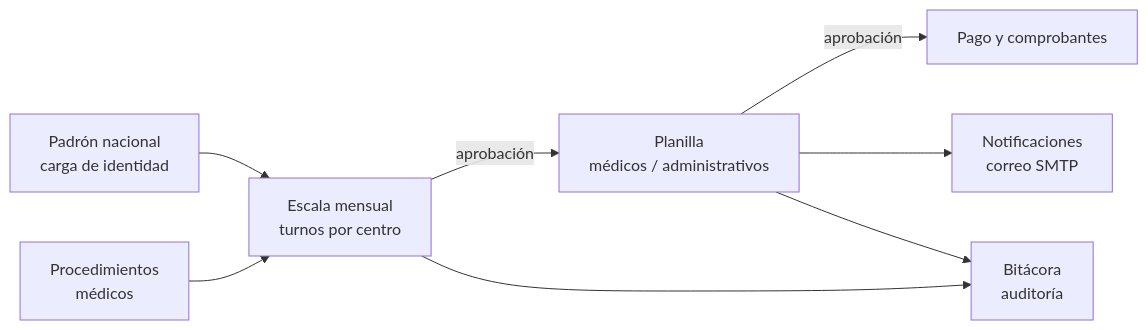
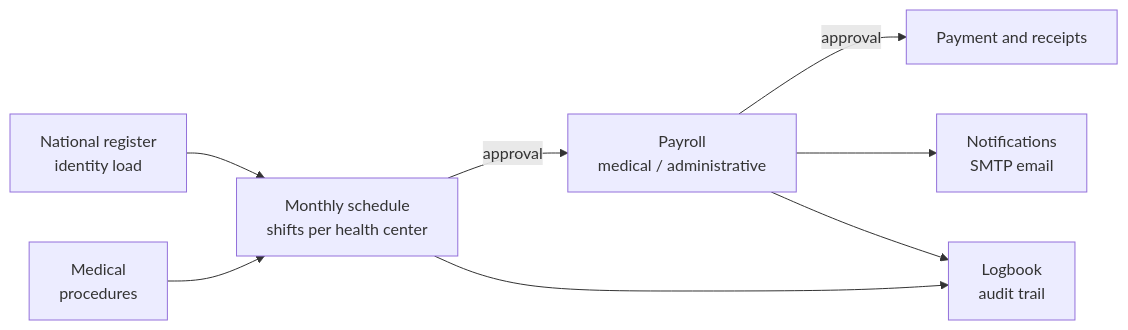
One commit to KendallSN/Healthcare_operations_platform changed the second of 2 diagrams in README.md. Above: the diagram before and after it, drawn with Mermaid. The commit also changed other lines of this file, not shown here.

````diff
--- a/README.md
+++ b/README.md
@@ -84,10 +81,10 @@
 ```mermaid
 flowchart LR
-    NR["Padrón nacional<br/>carga de identidad"] --> MS["Escala mensual<br/>turnos por centro"]
-    PCD["Procedimientos<br/>médicos"] --> MS
-    MS -->|"aprobación"| PL["Planilla<br/>médicos / administrativos"]
-    PL -->|"aprobación"| PAY["Pago y comprobantes"]
-    PL --> MAIL["Notificaciones<br/>correo SMTP"]
-    MS --> LOG["Bitácora<br/>auditoría"]
+    NR["National register<br/>identity load"] --> MS["Monthly schedule<br/>shifts per health center"]
+    PCD["Medical<br/>procedures"] --> MS
+    MS -->|"approval"| PL["Payroll<br/>medical / administrative"]
+    PL -->|"approval"| PAY["Payment and receipts"]
+    PL --> MAIL["Notifications<br/>SMTP email"]
+    MS --> LOG["Logbook<br/>audit trail"]
     PL --> LOG
 ```
````
